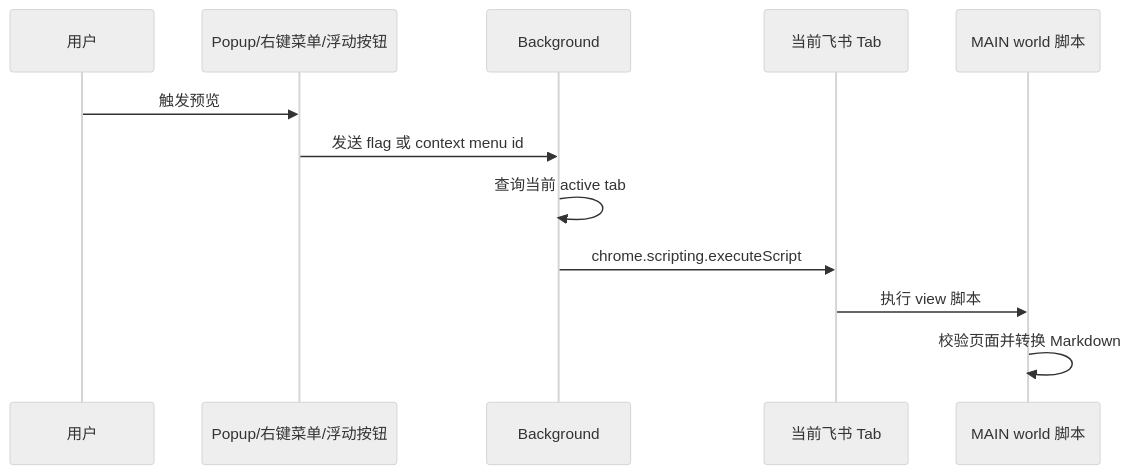
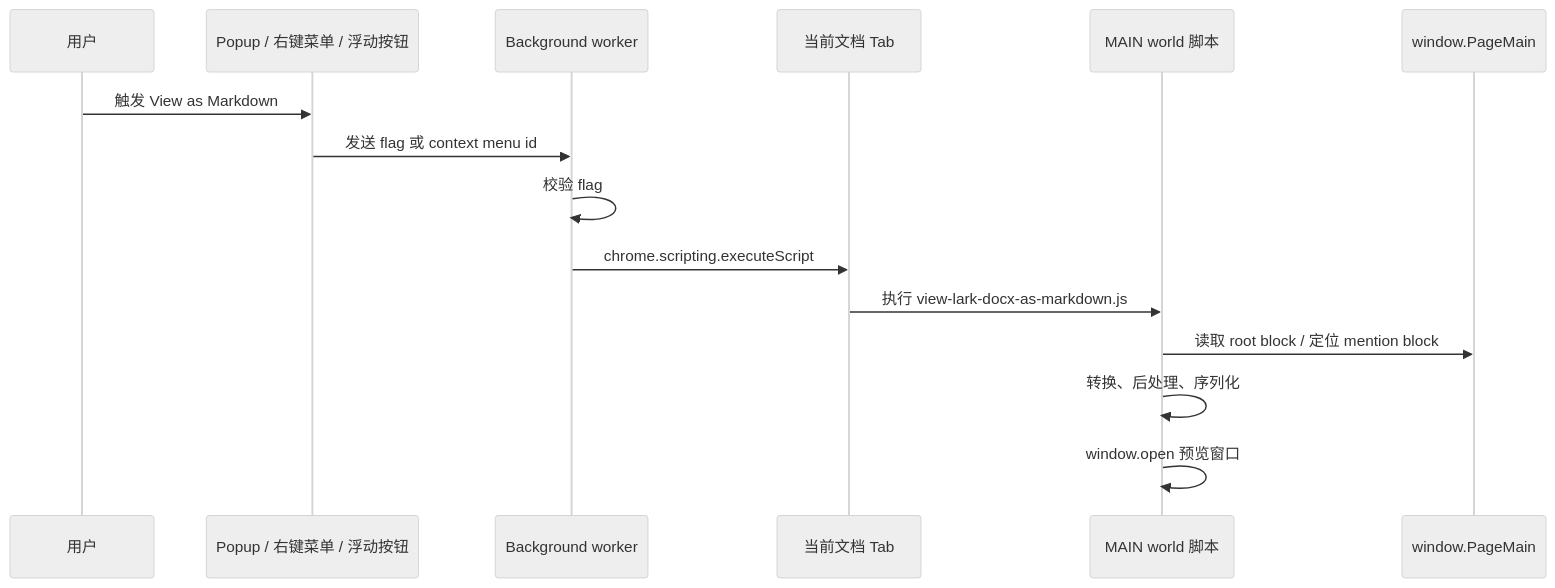
One commit to zhangpengfei-xyz/cloud-document-converter changed the second of 3 diagrams in docs/architecture-design.md. Above: the diagram before and after it, drawn with Mermaid (neutral theme). The commit also changed other lines of this file and 25 other files, not shown here.

````diff
--- a/docs/architecture-design.md
+++ b/docs/architecture-design.md
@@ -126,15 +188,18 @@
 ```mermaid
 sequenceDiagram
   participant U as 用户
-  participant UI as Popup/右键菜单/浮动按钮
-  participant BG as Background
-  participant Tab as 当前飞书 Tab
+  participant UI as Popup / 右键菜单 / 浮动按钮
+  participant BG as Background worker
+  participant Tab as 当前文档 Tab
   participant Main as MAIN world 脚本
+  participant PM as window.PageMain
 
-  U->>UI: 触发预览
+  U->>UI: 触发 View as Markdown
   UI->>BG: 发送 flag 或 context menu id
-  BG->>BG: 查询当前 active tab
+  BG->>BG: 校验 flag
   BG->>Tab: chrome.scripting.executeScript
-  Tab->>Main: 执行 view 脚本
-  Main->>Main: 校验页面并转换 Markdown
+  Tab->>Main: 执行 view-lark-docx-as-markdown.js
+  Main->>PM: 读取 root block / 定位 mention block
+  Main->>Main: 转换、后处理、序列化
+  Main->>Main: window.open 预览窗口
 ```
````
